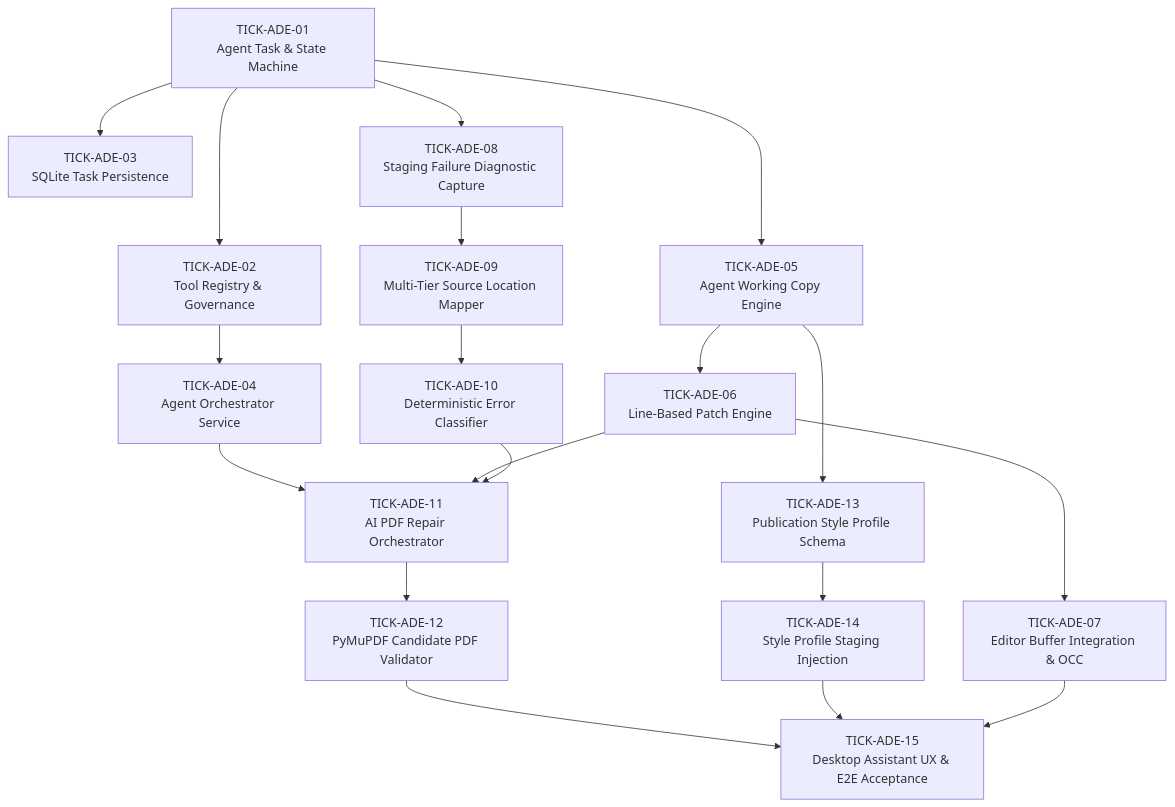
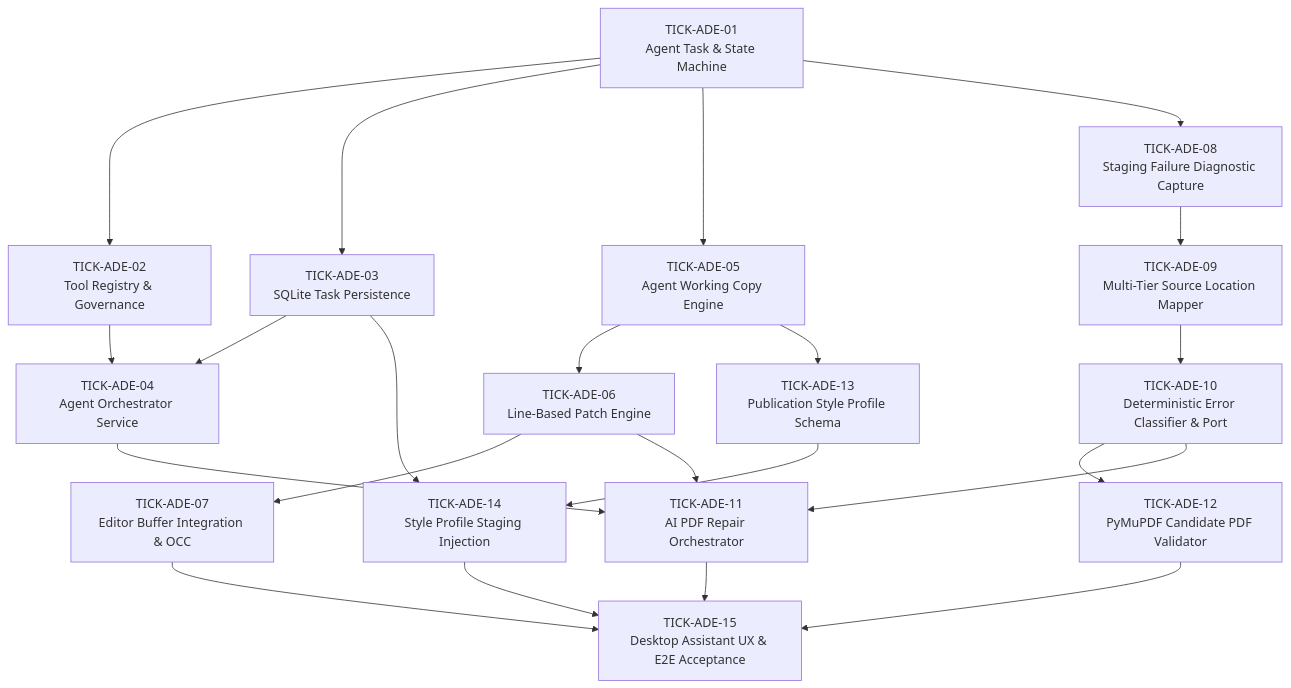
The fourth of 4 diagrams in docs/plans/2026-11-09-unified-agentic-document-engineering-plan.md (amirreza-a2a/Polpo), drawn with Mermaid before and after one commit. The commit also changed other lines of this file, not shown here.

````diff
--- a/docs/plans/2026-11-09-unified-agentic-document-engineering-plan.md
+++ b/docs/plans/2026-11-09-unified-agentic-document-engineering-plan.md
@@ -347,22 +290,22 @@
 ```mermaid
 graph TD
     M_A1["TICK-ADE-01<br/>Agent Task & State Machine"] --> M_A2["TICK-ADE-02<br/>Tool Registry & Governance"]
     M_A1 --> M_A3["TICK-ADE-03<br/>SQLite Task Persistence"]
-    M_A2 --> M_A4["TICK-ADE-04<br/>Agent Orchestrator Service"]
+    M_A2 & M_A3 --> M_A4["TICK-ADE-04<br/>Agent Orchestrator Service"]
 
     M_A1 --> M_B1["TICK-ADE-05<br/>Agent Working Copy Engine"]
     M_B1 --> M_B2["TICK-ADE-06<br/>Line-Based Patch Engine"]
     M_B2 --> M_B3["TICK-ADE-07<br/>Editor Buffer Integration & OCC"]
 
     M_A1 --> M_C1["TICK-ADE-08<br/>Staging Failure Diagnostic Capture"]
     M_C1 --> M_C2["TICK-ADE-09<br/>Multi-Tier Source Location Mapper"]
-    M_C2 --> M_C3["TICK-ADE-10<br/>Deterministic Error Classifier"]
+    M_C2 --> M_C3["TICK-ADE-10<br/>Deterministic Error Classifier & Port"]
 
+    M_C3 --> M_D2["TICK-ADE-12<br/>PyMuPDF Candidate PDF Validator"]
     M_A4 & M_B2 & M_C3 --> M_D1["TICK-ADE-11<br/>AI PDF Repair Orchestrator"]
-    M_D1 --> M_D2["TICK-ADE-12<br/>PyMuPDF Candidate PDF Validator"]
 
     M_B1 --> M_E1["TICK-ADE-13<br/>Publication Style Profile Schema"]
-    M_E1 --> M_E2["TICK-ADE-14<br/>Style Profile Staging Injection"]
+    M_E1 & M_A3 --> M_E2["TICK-ADE-14<br/>Style Profile Staging Injection"]
 
-    M_D2 & M_E2 & M_B3 --> M_F1["TICK-ADE-15<br/>Desktop Assistant UX & E2E Acceptance"]
+    M_D1 & M_D2 & M_E2 & M_B3 --> M_F1["TICK-ADE-15<br/>Desktop Assistant UX & E2E Acceptance"]
 ```
````
